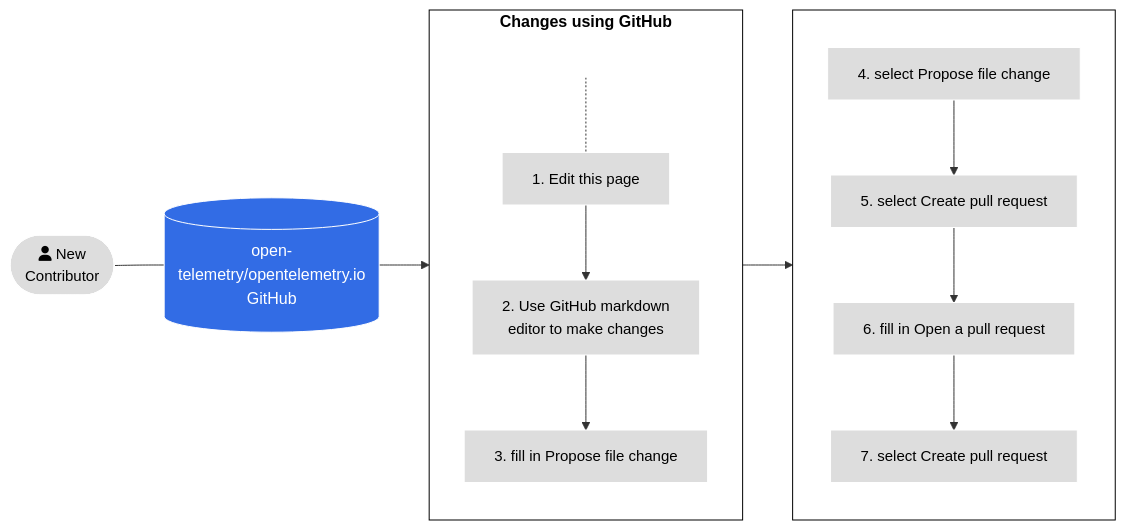
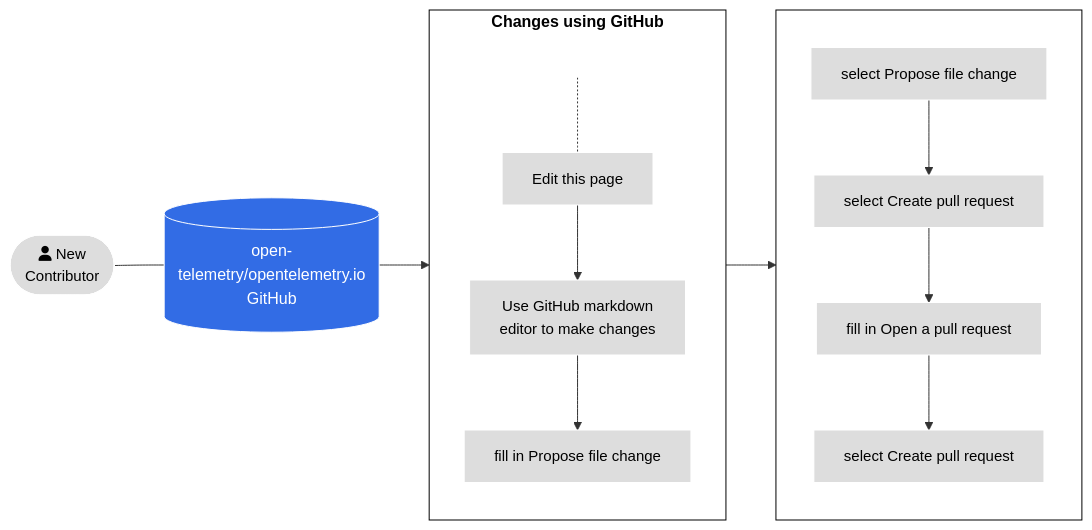
One commit to open-telemetry/opentelemetry.io changed the second of 4 diagrams in content/en/docs/contributing/pull-requests.md. Above: the diagram before and after it, drawn with Mermaid. The commit also changed other lines of this file, not shown here.

Commit message:
fix: :bug: remove markdown list enumerator to display content in mermaid chart

````diff
--- a/content/en/docs/contributing/pull-requests.md
+++ b/content/en/docs/contributing/pull-requests.md
@@ -65,27 +65,27 @@
 ```mermaid
 flowchart LR
 A([fa:fa-user New<br>Contributor]) --- id1[(open-telemetry/opentelemetry.io<br>GitHub)]
 subgraph tasks[Changes using GitHub]
 direction TB
     0[ ] -.-
-    1[1. Edit this page] --> 2[2. Use GitHub markdown<br>editor to make changes]
-    2 --> 3[3. fill in Propose file change]
+    1[Edit this page] --> 2[Use GitHub markdown<br>editor to make changes]
+    2 --> 3[fill in Propose file change]
 
 end
 subgraph tasks2[ ]
 direction TB
-4[4. select Propose file change] --> 5[5. select Create pull request] --> 6[6. fill in Open a pull request]
-6 --> 7[7. select Create pull request]
+4[select Propose file change] --> 5[select Create pull request] --> 6[fill in Open a pull request]
+6 --> 7[select Create pull request]
 end
 
 id1 --> tasks --> tasks2
 
 classDef grey fill:#dddddd,stroke:#ffffff,stroke-width:px,color:#000000, font-size:15px;
 classDef white fill:#ffffff,stroke:#000,stroke-width:px,color:#000,font-weight:bold
 classDef k8s fill:#326ce5,stroke:#fff,stroke-width:1px,color:#fff;
 classDef spacewhite fill:#ffffff,stroke:#fff,stroke-width:0px,color:#000
 class A,1,2,3,4,5,6,7 grey
 class 0 spacewhite
 class tasks,tasks2 white
 class id1 k8s
 ```
````
